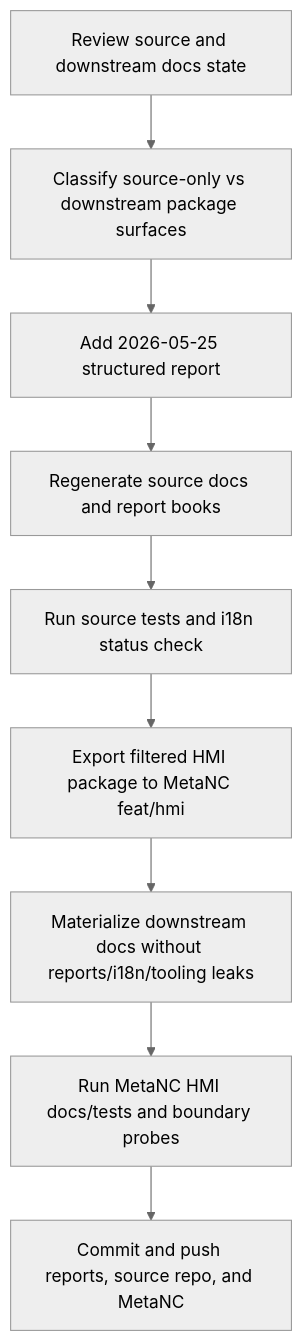
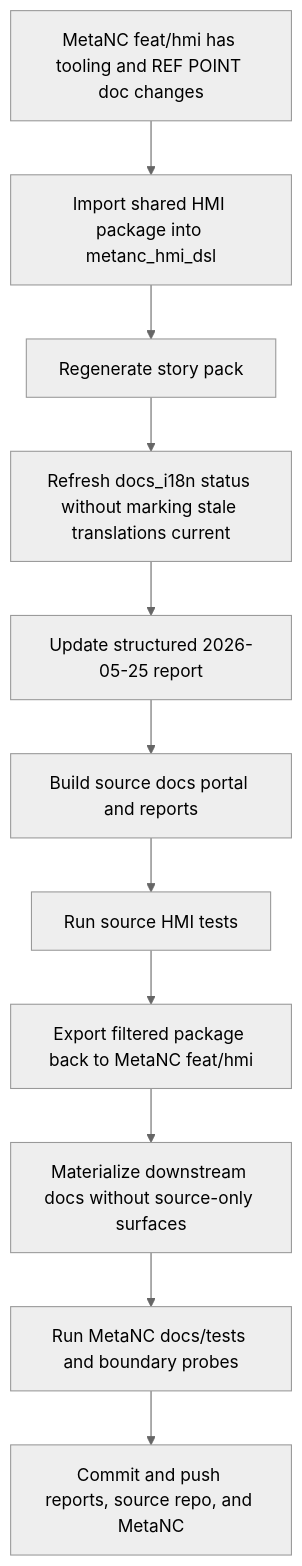
One commit to luppiterw/metanc_hmi_dsl_reports changed the diagram in 2026-05-25-codex-session/workflow-diagram.md. Above: the diagram before and after it, drawn with Mermaid (neutral theme). The commit also changed 4 other files, not shown here.

Commit message:
docs: refresh 2026-05-25 HMI session report

````diff
--- a/2026-05-25-codex-session/workflow-diagram.md
+++ b/2026-05-25-codex-session/workflow-diagram.md
@@ -3,14 +3,16 @@
 ```mermaid
 flowchart TD
-  start[Review source and downstream docs state]
-  boundary[Classify source-only vs downstream package surfaces]
-  report[Add 2026-05-25 structured report]
-  sourceDocs[Regenerate source docs and report books]
-  tests[Run source tests and i18n status check]
-  export[Export filtered HMI package to MetaNC feat/hmi]
-  downstream[Materialize downstream docs without reports/i18n/tooling leaks]
-  downstreamTests[Run MetaNC HMI docs/tests and boundary probes]
+  start[MetaNC feat/hmi has tooling and REF POINT doc changes]
+  import[Import shared HMI package into metanc_hmi_dsl]
+  story[Regenerate story pack]
+  i18n[Refresh docs_i18n status without marking stale translations current]
+  report[Update structured 2026-05-25 report]
+  sourceDocs[Build source docs portal and reports]
+  sourceTests[Run source HMI tests]
+  export[Export filtered package back to MetaNC feat/hmi]
+  downstream[Materialize downstream docs without source-only surfaces]
+  downstreamTests[Run MetaNC docs/tests and boundary probes]
   publish[Commit and push reports, source repo, and MetaNC]
 
-  start --> boundary --> report --> sourceDocs --> tests --> export --> downstream --> downstreamTests --> publish
+  start --> import --> story --> i18n --> report --> sourceDocs --> sourceTests --> export --> downstream --> downstreamTests --> publish
 ```
````
